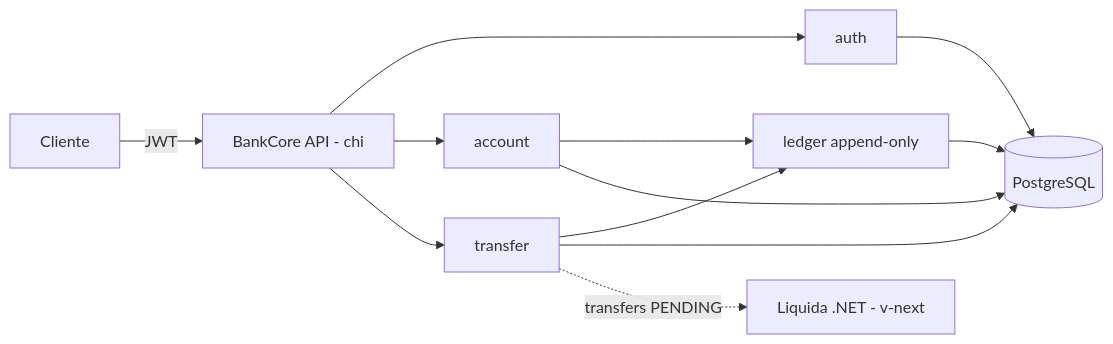
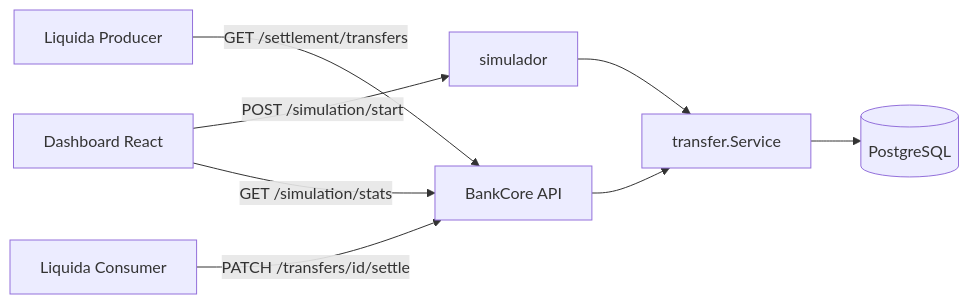
The diagram in README.md (GustavoQ-Mateus/bankcore), drawn with Mermaid before and after one commit. The commit also changed other lines of this file, not shown here.

````diff
--- a/README.md
+++ b/README.md
@@ -14,14 +7,10 @@
 ```mermaid
 flowchart LR
-    C[Cliente] -->|JWT| API[BankCore API - chi]
-    API --> AUTH[auth]
-    API --> ACC[account]
-    API --> TR[transfer]
-    ACC --> LED[ledger append-only]
-    TR --> LED
-    AUTH --> PG[(PostgreSQL)]
-    ACC --> PG
-    TR --> PG
-    LED --> PG
-    TR -.transfers PENDING.-> LIQ[Liquida .NET - v-next]
+    D[Dashboard React] -->|POST /simulation/start| SIM[simulador]
+    SIM --> TR[transfer.Service]
+    TR --> PG[(PostgreSQL)]
+    LP[Liquida Producer] -->|GET /settlement/transfers| API[BankCore API]
+    LC[Liquida Consumer] -->|PATCH /transfers/id/settle| API
+    API --> TR
+    D -->|GET /simulation/stats| API
 ```
````
